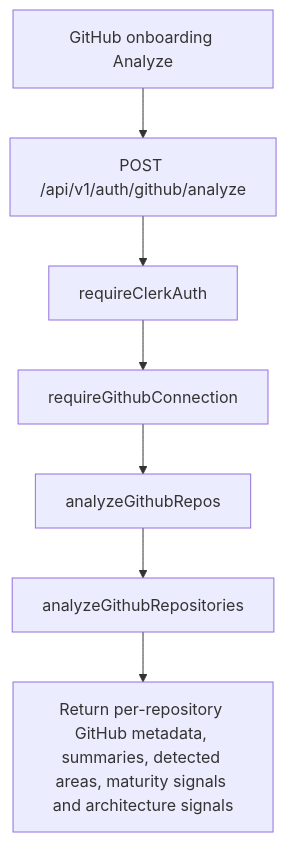
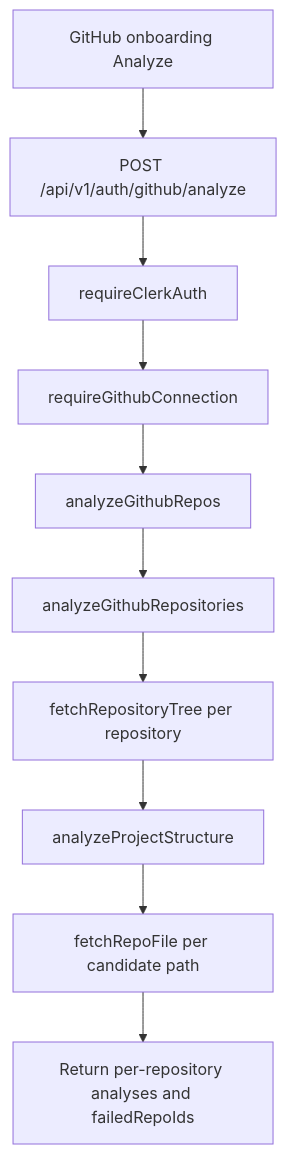
Before and after one commit to myusubov/tailorcv: the diagram in docs/architecture/github-analysis/pipeline/README.md, drawn with Mermaid. The commit also changed other lines of this file and 13 other files, not shown here.

````diff
--- a/docs/architecture/github-analysis/pipeline/README.md
+++ b/docs/architecture/github-analysis/pipeline/README.md
@@ -54,9 +57,12 @@
 ```mermaid
 flowchart TD
   FE[GitHub onboarding Analyze] --> Route[POST /api/v1/auth/github/analyze]
   Route --> Clerk[requireClerkAuth]
   Clerk --> GitHubAuth[requireGithubConnection]
   GitHubAuth --> Controller[analyzeGithubRepos]
   Controller --> Service[analyzeGithubRepositories]
-  Service --> Response[Return per-repository GitHub metadata, summaries, detected areas, maturity signals and architecture signals]
+  Service --> Tree[fetchRepositoryTree per repository]
+  Tree --> Analyzer[analyzeProjectStructure]
+  Analyzer --> Files[fetchRepoFile per candidate path]
+  Files --> Response[Return per-repository analyses and failedRepoIds]
 ```
````
